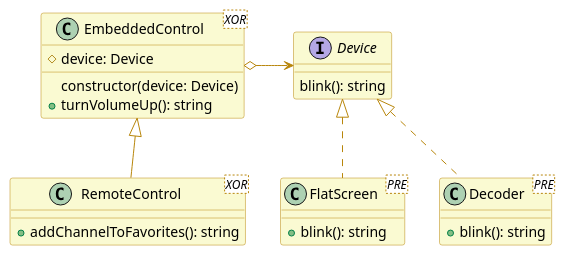
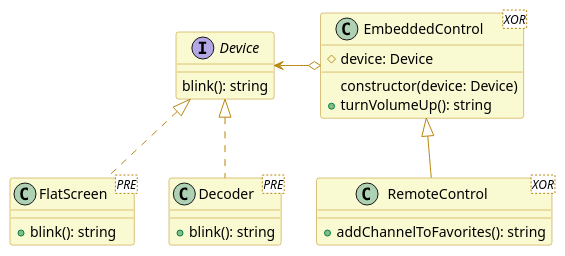
One commit to plkpiotr/design-patterns changed the diagram in src/app/structural/bridge/bridge.puml. Above: the diagram before and after it, drawn with PlantUML. The commit also changed 13 other files, not shown here.

```diff
--- a/src/app/structural/bridge/bridge.puml
+++ b/src/app/structural/bridge/bridge.puml
@@ -1,38 +1,38 @@
 @startuml
 
 skinparam class {
   backgroundColor lightgoldenrodyellow
   arrowColor darkgoldenrod
   borderColor darkgoldenrod
 }
 
 class EmbeddedControl <XOR> {
   # device: Device
   constructor(device: Device)
   + turnVolumeUp(): string
 }
 
 class RemoteControl <XOR> {
   + addChannelToFavorites(): string
 }
 
 interface Device {
   blink(): string
 }
 
 class FlatScreen <PRE> {
   + blink(): string
 }
 
 class Decoder <PRE> {
   + blink(): string
 }
 
 EmbeddedControl <|-- RemoteControl
 
-EmbeddedControl o-> Device
+Device <-o EmbeddedControl
 
 Device <|.. FlatScreen
 Device <|.. Decoder
 
 @enduml
```
